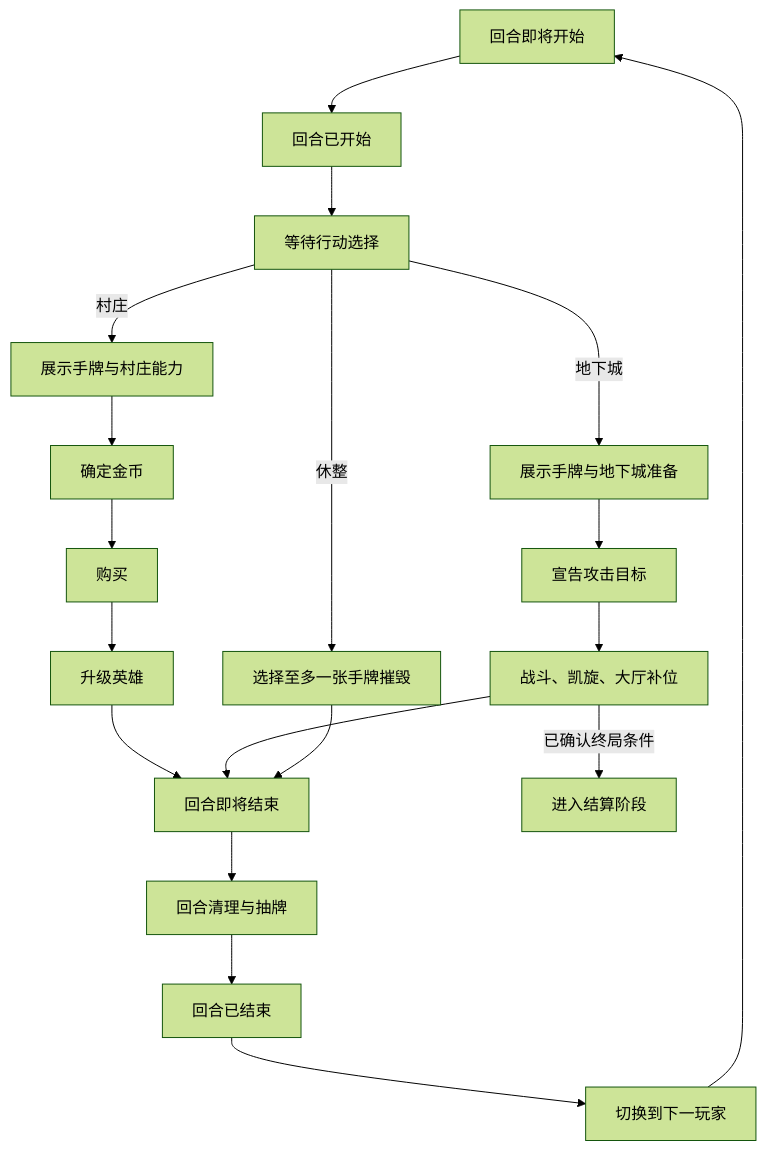
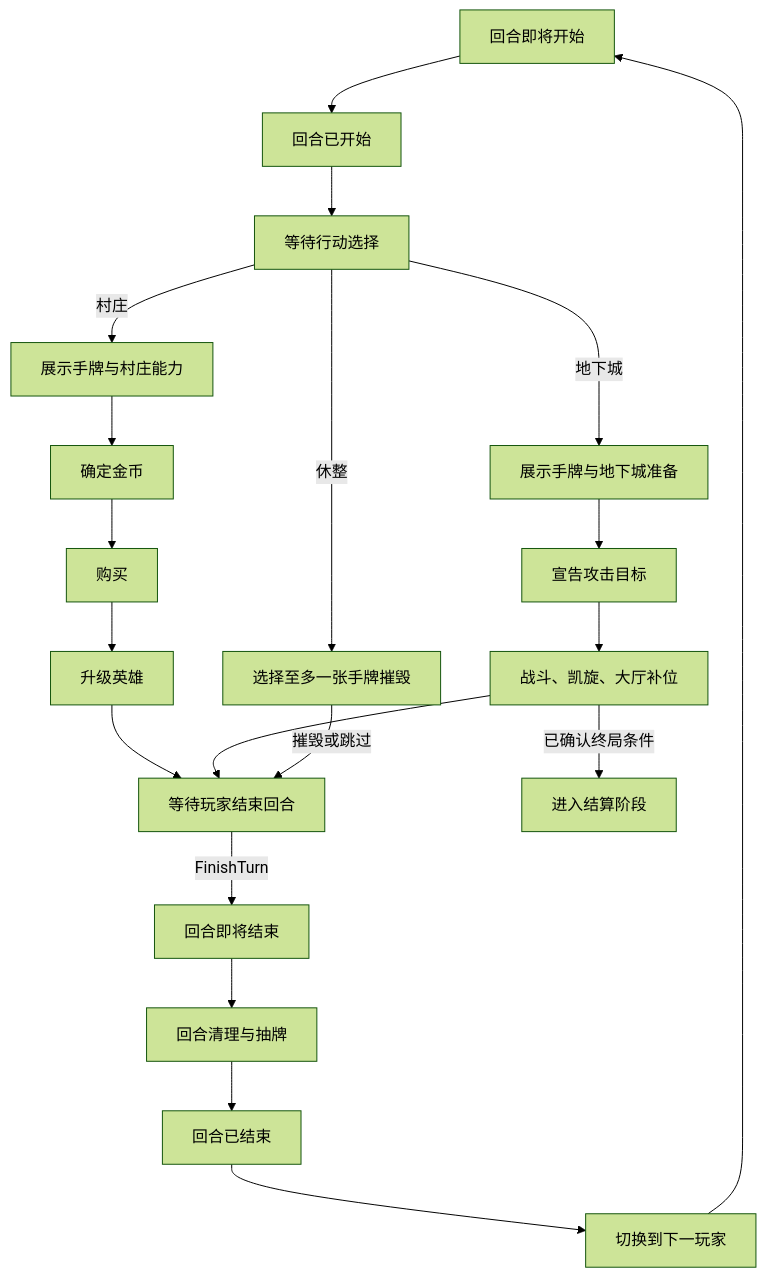
One commit to Icezero0/thunderstone-web changed the diagram in docs/game-engine/04-turn-flow.md. Above: the diagram before and after it, drawn with Mermaid (forest theme). The commit also changed other lines of this file and 443 other files, not shown here.

````diff
--- a/docs/game-engine/04-turn-flow.md
+++ b/docs/game-engine/04-turn-flow.md
@@ -9,21 +9,22 @@
 ```mermaid
 flowchart TD
     S0[回合即将开始] --> S1[回合已开始]
     S1 --> A[等待行动选择]
     A -->|村庄| V1[展示手牌与村庄能力]
     A -->|地下城| D1[展示手牌与地下城准备]
     A -->|休整| R1[选择至多一张手牌摧毁]
     V1 --> V2[确定金币]
     V2 --> V3[购买]
     V3 --> V4[升级英雄]
-    V4 --> T0[回合即将结束]
+    V4 --> R2[等待玩家结束回合]
     D1 --> D2[宣告攻击目标]
     D2 --> D3[战斗、凯旋、大厅补位]
-    D3 --> T0
-    R1 --> T0
+    D3 --> R2
+    R1 -->|摧毁或跳过| R2
+    R2 -->|FinishTurn| T0[回合即将结束]
     T0 --> C[回合清理与抽牌]
     C --> T1[回合已结束]
     T1 --> N[切换到下一玩家]
     N --> S0
     D3 -->|已确认终局条件| E[进入结算阶段]
 ```
````
